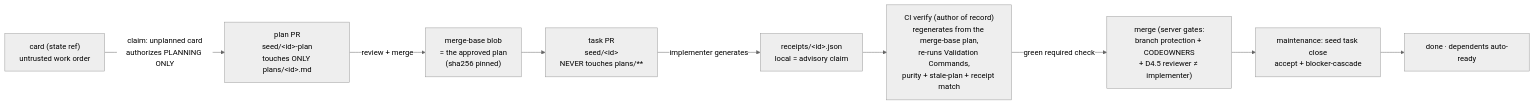
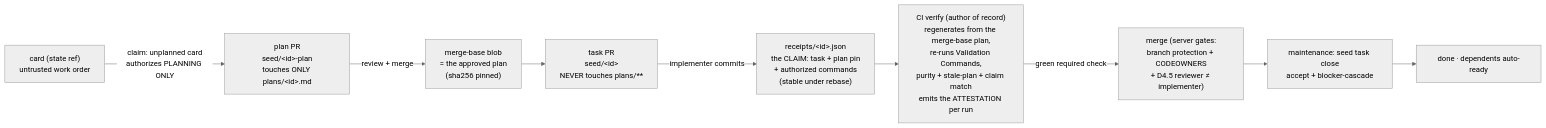
One commit to shaunlmason/open-seed changed the fourth of 4 diagrams in docs/architecture.md. Above: the diagram before and after it, drawn with Mermaid (neutral theme). The commit also changed other lines of this file and 8 other files, not shown here.

````diff
--- a/docs/architecture.md
+++ b/docs/architecture.md
@@ -236,11 +236,11 @@
 ```mermaid
 flowchart LR
     C["card (state ref)<br/>untrusted work order"] -->|claim: unplanned card<br/>authorizes PLANNING ONLY| P1["plan PR<br/>seed/&lt;id&gt;-plan<br/>touches ONLY plans/&lt;id&gt;.md"]
     P1 -->|review + merge| MB["merge-base blob<br/>= the approved plan<br/>(sha256 pinned)"]
     MB --> P2["task PR<br/>seed/&lt;id&gt;<br/>NEVER touches plans/**"]
-    P2 -->|implementer generates| R1["receipts/&lt;id&gt;.json<br/>local = advisory claim"]
-    R1 --> CI["CI verify (author of record)<br/>regenerates from the merge-base plan,<br/>re-runs Validation Commands,<br/>purity + stale-plan + receipt match"]
+    P2 -->|implementer commits| R1["receipts/&lt;id&gt;.json<br/>the CLAIM: task + plan pin<br/>+ authorized commands<br/>(stable under rebase)"]
+    R1 --> CI["CI verify (author of record)<br/>regenerates from the merge-base plan,<br/>re-runs Validation Commands,<br/>purity + stale-plan + claim match<br/>emits the ATTESTATION per run"]
     CI -->|green required check| M["merge (server gates:<br/>branch protection + CODEOWNERS<br/>+ D4.5 reviewer ≠ implementer)"]
     M --> CL["maintenance: seed task close<br/>accept + blocker-cascade"]
     CL --> D["done · dependents auto-ready"]
 ```
````
